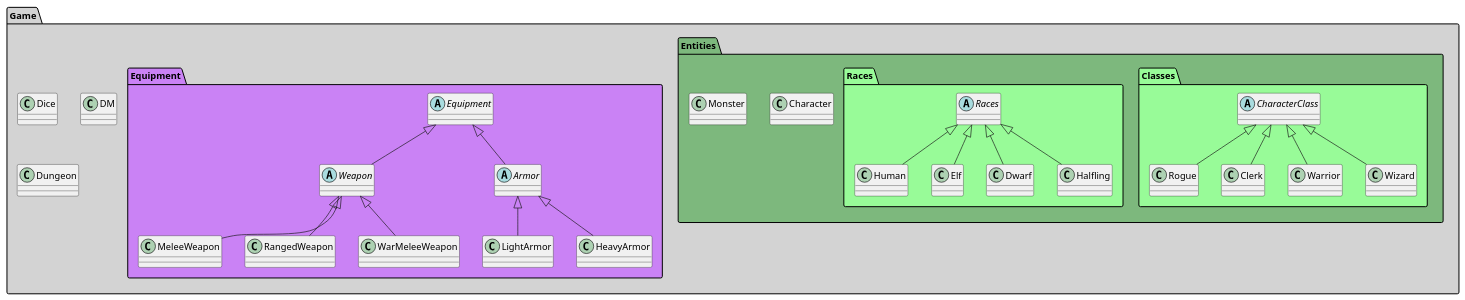
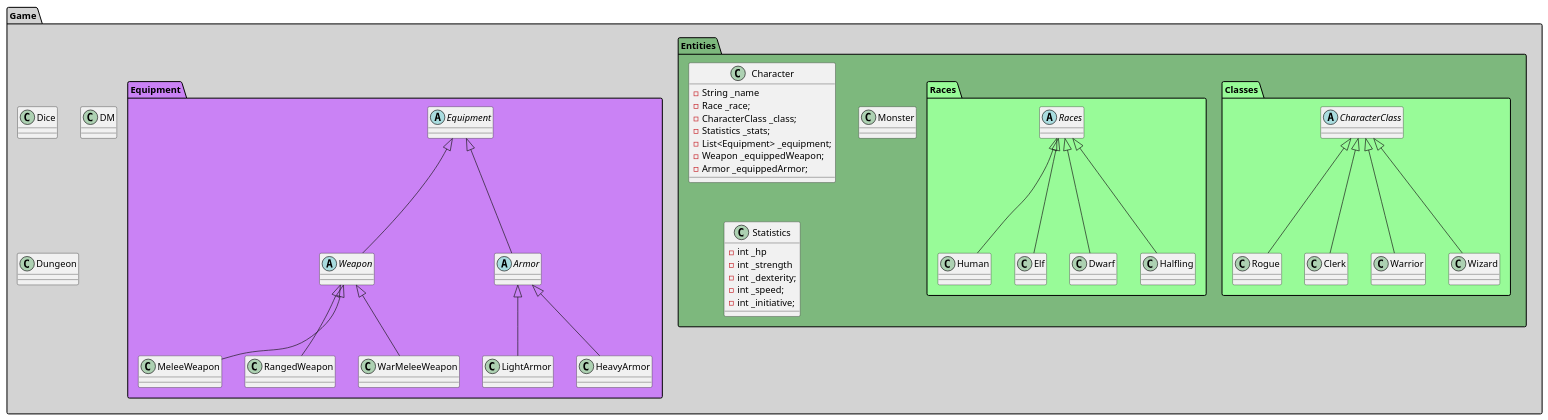
One commit to Onefrenchboi/DOOjons-Et-Dragons changed the diagram in uml/Week1.puml. Above: the diagram before and after it, drawn with PlantUML. The commit also changed 2 other files, not shown here.

Commit message:
Add attributes to Character class, create Statistics class, update uml to match

```diff
--- a/uml/Week1.puml
+++ b/uml/Week1.puml
@@ -1,41 +1,56 @@
 @startuml
 
 package "Game" #lightgrey {
   class Dice
   class DM
   class Dungeon
   package Entities #7db87d{
     package Classes #palegreen{
         abstract class CharacterClass
         class Rogue extends CharacterClass
         class Clerk extends CharacterClass
         class Warrior extends CharacterClass
         class Wizard extends CharacterClass
     }
     package Races #palegreen{
         abstract class Races
         class Human extends Races
         class Elf extends Races
         class Dwarf extends Races
         class Halfling extends Races
     }
-    class Character
+    class Character {
+        - String _name
+        - Race _race;
+        - CharacterClass _class;
+        - Statistics _stats;
+        - List<Equipment> _equipment;
+        - Weapon _equippedWeapon;
+        - Armor _equippedArmor;
+    }
     class Monster
+    class Statistics {
+        - int _hp
+        - int _strength
+        - int _dexterity;
+        - int _speed;
+        - int _initiative;
+    }
   }
   package Equipment #ca82f5{
     abstract class Equipment
     abstract class Weapon extends Equipment
     abstract class Armor extends Equipment
     class MeleeWeapon extends Weapon
     class RangedWeapon extends Weapon
     class WarMeleeWeapon extends Weapon
     class LightArmor extends Armor
     class HeavyArmor extends Armor
 
 
 
 
   }
  }
 
 @enduml
```
